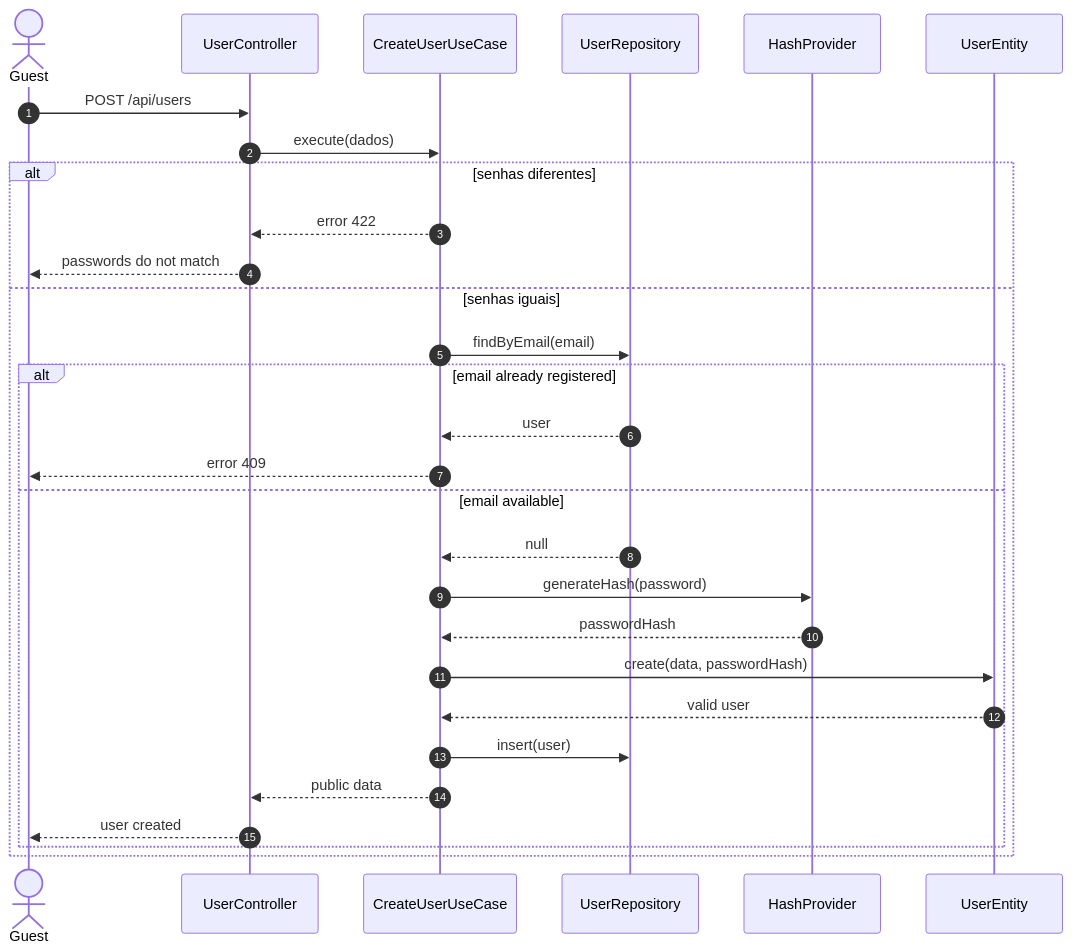
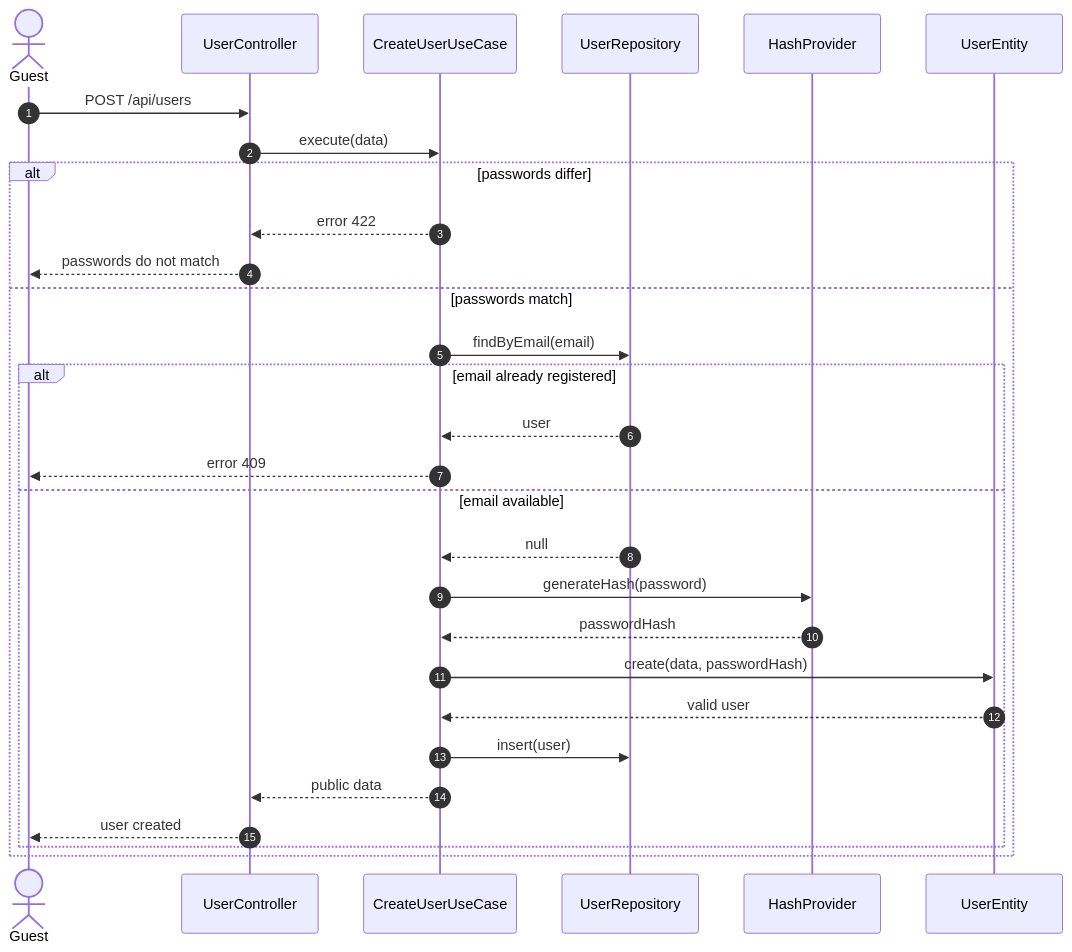
Before and after one commit to Lucalopezz/DevLog: the first of 6 diagrams in docs/diagrams/sequences/account-and-tags.md, drawn with Mermaid. The commit also changed other lines of this file and 68 other files, not shown here.

````diff
--- a/docs/diagrams/sequences/account-and-tags.md
+++ b/docs/diagrams/sequences/account-and-tags.md
@@ -8,32 +8,32 @@
 ```mermaid
 sequenceDiagram
     autonumber
     actor Guest
     participant C as UserController
     participant UC as CreateUserUseCase
     participant URepo as UserRepository
     participant Hash as HashProvider
     participant User as UserEntity
 
     Guest->>C: POST /api/users
-    C->>UC: execute(dados)
-    alt senhas diferentes
+    C->>UC: execute(data)
+    alt passwords differ
         UC-->>C: error 422
         C-->>Guest: passwords do not match
-    else senhas iguais
+    else passwords match
         UC->>URepo: findByEmail(email)
         alt email already registered
             URepo-->>UC: user
             UC-->>Guest: error 409
         else email available
             URepo-->>UC: null
             UC->>Hash: generateHash(password)
             Hash-->>UC: passwordHash
             UC->>User: create(data, passwordHash)
             User-->>UC: valid user
             UC->>URepo: insert(user)
             UC-->>C: public data
             C-->>Guest: user created
         end
     end
 ```
````
